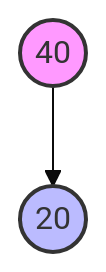
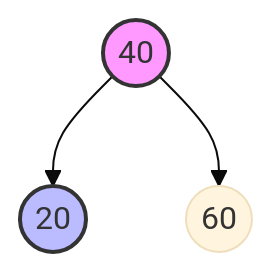
Diagram 31 of 50 in submissions/CS 197 HZZQ - Assessment 05/CS 197 HZZQ - Assessment 05.md (tpen098/notes), drawn with Mermaid (base theme) before and after one commit. The commit also changed other lines of this file and 3 other files, not shown here.

````diff
--- a/submissions/CS 197 HZZQ - Assessment 05/CS 197 HZZQ - Assessment 05.md
+++ b/submissions/CS 197 HZZQ - Assessment 05/CS 197 HZZQ - Assessment 05.md
@@ -276,6 +504,7 @@
 ```mermaid
 graph TD
     A1((40)) --> A2((20))
+    A1 --> A3((60))
     style A1 fill:#f9f,stroke:#333,stroke-width:2px
     style A2 fill:#bbf,stroke:#333,stroke-width:2px
 ```
````
